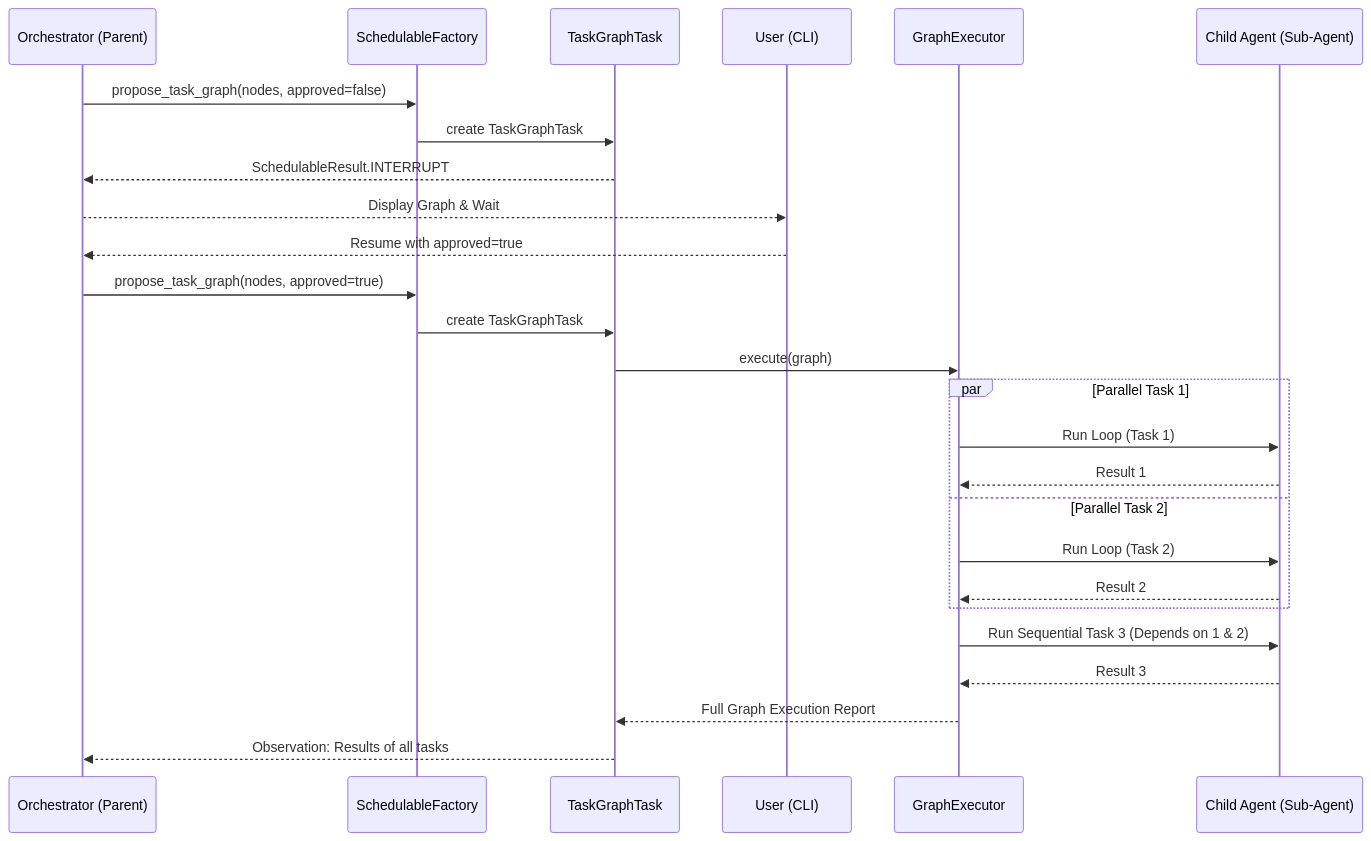
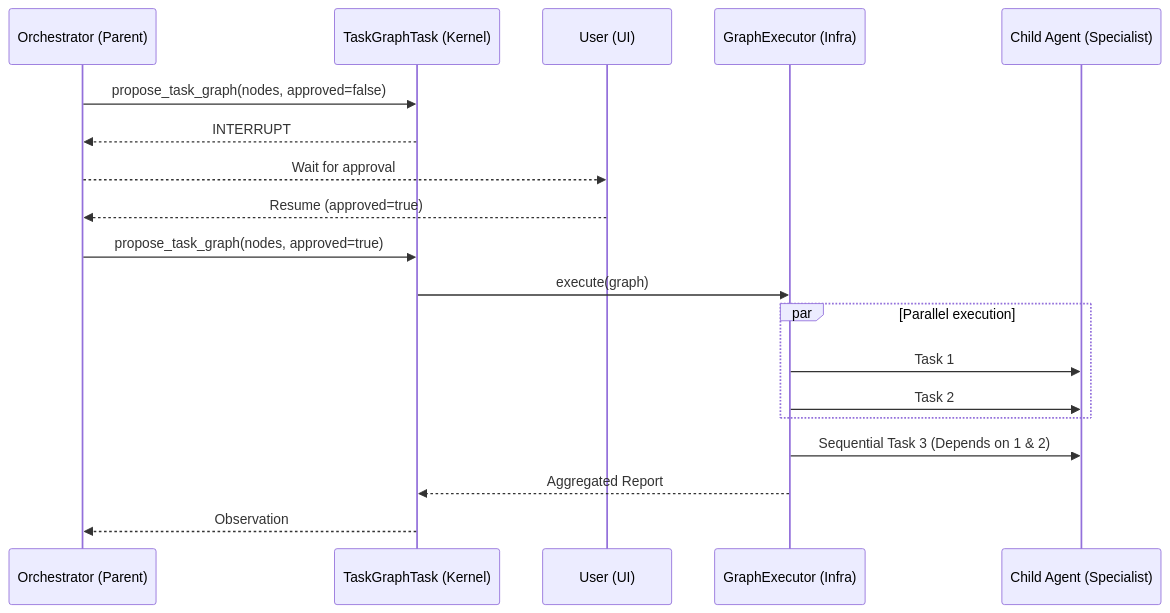
The diagram in docs/SUB_AGENT_GRAPH_DESIGN.md (stream-iori/ganglia), drawn with Mermaid before and after one commit. The commit also changed other lines of this file and 16 other files, not shown here.

````diff
--- a/docs/SUB_AGENT_GRAPH_DESIGN.md
+++ b/docs/SUB_AGENT_GRAPH_DESIGN.md
@@ -44,29 +26,25 @@
 ```mermaid
 sequenceDiagram
     participant P as Orchestrator (Parent)
-    participant F as SchedulableFactory
-    participant T as TaskGraphTask
-    participant U as User (CLI)
-    participant E as GraphExecutor
-    participant C as Child Agent (Sub-Agent)
+    participant T as TaskGraphTask (Kernel)
+    participant U as User (UI)
+    participant E as GraphExecutor (Infra)
+    participant C as Child Agent (Specialist)
 
-    P->>F: propose_task_graph(nodes, approved=false)
-    F->>T: create TaskGraphTask
-    T-->>P: SchedulableResult.INTERRUPT
-    P-->>U: Display Graph & Wait
-    U-->>P: Resume with approved=true
-    P->>F: propose_task_graph(nodes, approved=true)
-    F->>T: create TaskGraphTask
+    P->>T: propose_task_graph(nodes, approved=false)
+    T-->>P: INTERRUPT
+    P-->>U: Wait for approval
+    U-->>P: Resume (approved=true)
+    P->>T: propose_task_graph(nodes, approved=true)
     T->>E: execute(graph)
-    par Parallel Task 1
-        E->>C: Run Loop (Task 1)
-        C-->>E: Result 1
-    and Parallel Task 2
-        E->>C: Run Loop (Task 2)
-        C-->>E: Result 2
+    
+    par Parallel execution
+        E->>C: Task 1
+        E->>C: Task 2
     end
-    E->>C: Run Sequential Task 3 (Depends on 1 & 2)
-    C-->>E: Result 3
-    E-->>T: Full Graph Execution Report
-    T-->>P: Observation: Results of all tasks
+    
+    E->>C: Sequential Task 3 (Depends on 1 & 2)
+    
+    E-->>T: Aggregated Report
+    T-->>P: Observation
 ```
````
